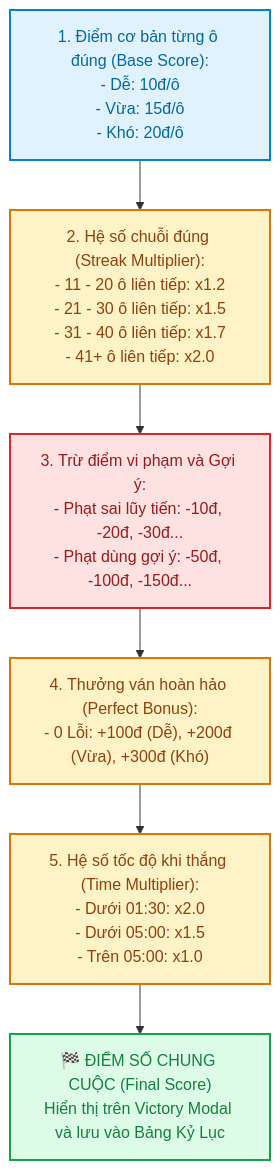
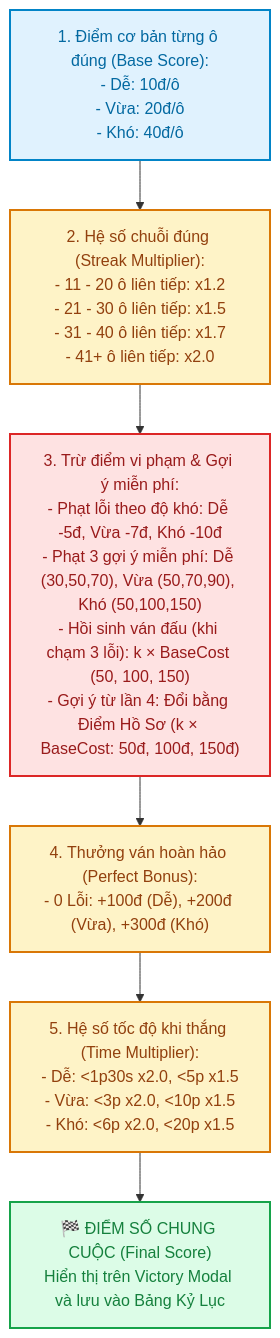
Before and after one commit to Jhanh/Sudoku_game: the second of 3 diagrams in docs/04_storage_and_scoring_models.md, drawn with Mermaid. The commit also changed other lines of this file and 15 other files, not shown here.

````diff
--- a/docs/04_storage_and_scoring_models.md
+++ b/docs/04_storage_and_scoring_models.md
@@ -75,30 +75,30 @@
 ```mermaid
 flowchart TD
     classDef base fill:#E0F2FE,stroke:#0284C7,stroke-width:2px,color:#0369A1;
     classDef mult fill:#FEF3C7,stroke:#D97706,stroke-width:2px,color:#92400E;
     classDef penalty fill:#FEE2E2,stroke:#DC2626,stroke-width:2px,color:#991B1B;
     classDef total fill:#DCFCE7,stroke:#16A34A,stroke-width:2px,color:#15803D;
 
-    P_BASE["1. Điểm cơ bản từng ô đúng (Base Score):<br/>- Dễ: 10đ/ô<br/>- Vừa: 15đ/ô<br/>- Khó: 20đ/ô"]
+    P_BASE["1. Điểm cơ bản từng ô đúng (Base Score):<br/>- Dễ: 10đ/ô<br/>- Vừa: 20đ/ô<br/>- Khó: 40đ/ô"]
 
     P_STREAK["2. Hệ số chuỗi đúng (Streak Multiplier):<br/>- 11 - 20 ô liên tiếp: x1.2<br/>- 21 - 30 ô liên tiếp: x1.5<br/>- 31 - 40 ô liên tiếp: x1.7<br/>- 41+ ô liên tiếp: x2.0"]
 
-    P_PENALTY["3. Trừ điểm vi phạm và Gợi ý:<br/>- Phạt sai lũy tiến: -10đ, -20đ, -30đ...<br/>- Phạt dùng gợi ý: -50đ, -100đ, -150đ..."]
+    P_PENALTY["3. Trừ điểm vi phạm & Gợi ý miễn phí:<br/>- Phạt lỗi theo độ khó: Dễ -5đ, Vừa -7đ, Khó -10đ<br/>- Phạt 3 gợi ý miễn phí: Dễ (30,50,70), Vừa (50,70,90), Khó (50,100,150)<br/>- Hồi sinh ván đấu (khi chạm 3 lỗi): k × BaseCost (50, 100, 150)<br/>- Gợi ý từ lần 4: Đổi bằng Điểm Hồ Sơ (k × BaseCost: 50đ, 100đ, 150đ)"]
 
     P_BONUS["4. Thưởng ván hoàn hảo (Perfect Bonus):<br/>- 0 Lỗi: +100đ (Dễ), +200đ (Vừa), +300đ (Khó)"]
 
-    P_TIME["5. Hệ số tốc độ khi thắng (Time Multiplier):<br/>- Dưới 01:30: x2.0<br/>- Dưới 05:00: x1.5<br/>- Trên 05:00: x1.0"]
+    P_TIME["5. Hệ số tốc độ khi thắng (Time Multiplier):<br/>- Dễ: <1p30s x2.0, <5p x1.5<br/>- Vừa: <3p x2.0, <10p x1.5<br/>- Khó: <6p x2.0, <20p x1.5"]
 
     P_FINAL["🏁 ĐIỂM SỐ CHUNG CUỘC (Final Score)<br/>Hiển thị trên Victory Modal và lưu vào Bảng Kỷ Lục"]
 
     P_BASE --> P_STREAK
     P_STREAK --> P_PENALTY
     P_PENALTY --> P_BONUS
     P_BONUS --> P_TIME
     P_TIME --> P_FINAL
 
     class P_BASE base;
     class P_STREAK,P_TIME,P_BONUS mult;
     class P_PENALTY penalty;
     class P_FINAL total;
 ```
````
